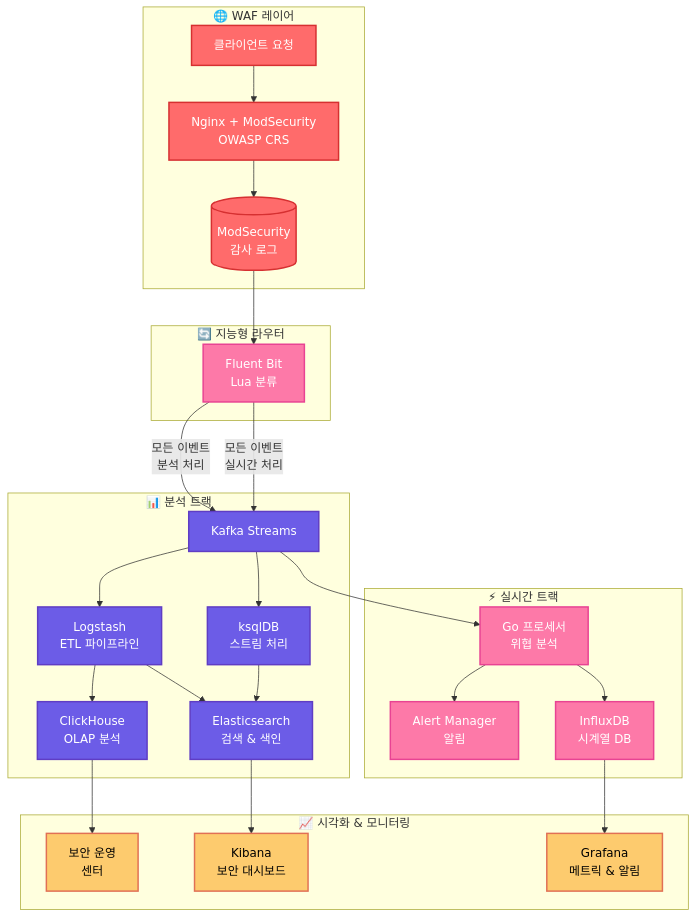
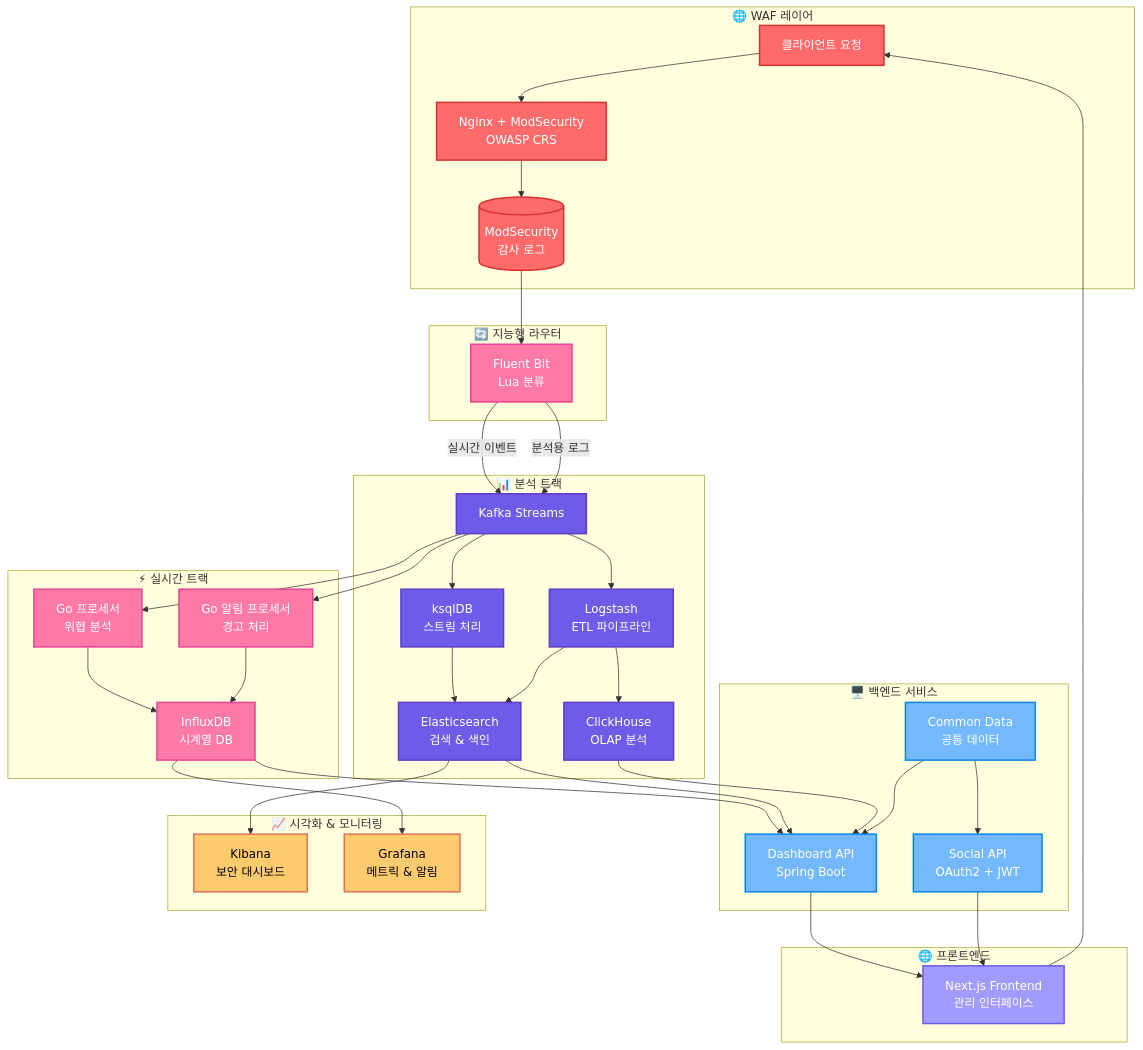
Before and after one commit to rojae/waf: the diagram in README.md, drawn with Mermaid. The commit also changed other lines of this file, not shown here.

Commit message:
README.md

````diff
--- a/README.md
+++ b/README.md
@@ -31,59 +31,80 @@
 ```mermaid
 flowchart TB
     classDef waf fill:#ff6b6b,stroke:#d63031,color:#fff,stroke-width:2
     classDef realtime fill:#fd79a8,stroke:#e84393,color:#fff,stroke-width:2
     classDef analytics fill:#6c5ce7,stroke:#5f3dc4,color:#fff,stroke-width:2
     classDef storage fill:#00b894,stroke:#00a085,color:#fff,stroke-width:2
     classDef monitoring fill:#fdcb6e,stroke:#e17055,color:#000,stroke-width:2
+    classDef backend fill:#74b9ff,stroke:#0984e3,color:#fff,stroke-width:2
+    classDef frontend fill:#a29bfe,stroke:#6c5ce7,color:#fff,stroke-width:2
 
     subgraph "🌐 WAF 레이어"
         Client[클라이언트 요청]:::waf
         WAF[Nginx + ModSecurity<br/>OWASP CRS]:::waf
         Logs[(ModSecurity<br/>감사 로그)]:::waf
     end
 
     subgraph "🔄 지능형 라우터"
         FluentBit[Fluent Bit<br/>Lua 분류]:::realtime
     end
 
     subgraph "⚡ 실시간 트랙"
         RealtimeProcessor[Go 프로세서<br/>위협 분석]:::realtime
+        AlertProcessor[Go 알림 프로세서<br/>경고 처리]:::realtime
         InfluxDB[InfluxDB<br/>시계열 DB]:::realtime
-        Alerts[Alert Manager<br/>알림]:::realtime
     end
 
     subgraph "📊 분석 트랙"
         Kafka[Kafka Streams]:::analytics
         KsqlDB[ksqlDB<br/>스트림 처리]:::analytics
         Logstash[Logstash<br/>ETL 파이프라인]:::analytics
         Elasticsearch[Elasticsearch<br/>검색 & 색인]:::analytics
         ClickHouse[ClickHouse<br/>OLAP 분석]:::analytics
     end
 
+    subgraph "🖥️ 백엔드 서비스"
+        DashboardAPI[Dashboard API<br/>Spring Boot]:::backend
+        SocialAPI[Social API<br/>OAuth2 + JWT]:::backend
+        CommonData[Common Data<br/>공통 데이터]:::backend
+    end
+
+    subgraph "🌐 프론트엔드"
+        WebUI[Next.js Frontend<br/>관리 인터페이스]:::frontend
+    end
+
     subgraph "📈 시각화 & 모니터링"
         Kibana[Kibana<br/>보안 대시보드]:::monitoring
         Grafana[Grafana<br/>메트릭 & 알림]:::monitoring
-        Dashboard[보안 운영<br/>센터]:::monitoring
     end
 
     Client --> WAF
     WAF --> Logs
     Logs --> FluentBit
 
-    FluentBit -->|모든 이벤트<br/>실시간 처리| Kafka
-    FluentBit -->|모든 이벤트<br/>분석 처리| Kafka
+    FluentBit -->|실시간 이벤트| Kafka
+    FluentBit -->|분석용 로그| Kafka
 
     Kafka --> RealtimeProcessor
+    Kafka --> AlertProcessor
     RealtimeProcessor --> InfluxDB
-    RealtimeProcessor --> Alerts
+    AlertProcessor --> InfluxDB
 
     Kafka --> KsqlDB
     Kafka --> Logstash
     KsqlDB --> Elasticsearch
     Logstash --> Elasticsearch
     Logstash --> ClickHouse
 
     InfluxDB --> Grafana
+    InfluxDB --> DashboardAPI
     Elasticsearch --> Kibana
-    ClickHouse --> Dashboard
+    Elasticsearch --> DashboardAPI
+    ClickHouse --> DashboardAPI
+
+    DashboardAPI --> WebUI
+    SocialAPI --> WebUI
+    CommonData --> DashboardAPI
+    CommonData --> SocialAPI
+
+    WebUI --> Client
 ```
````
